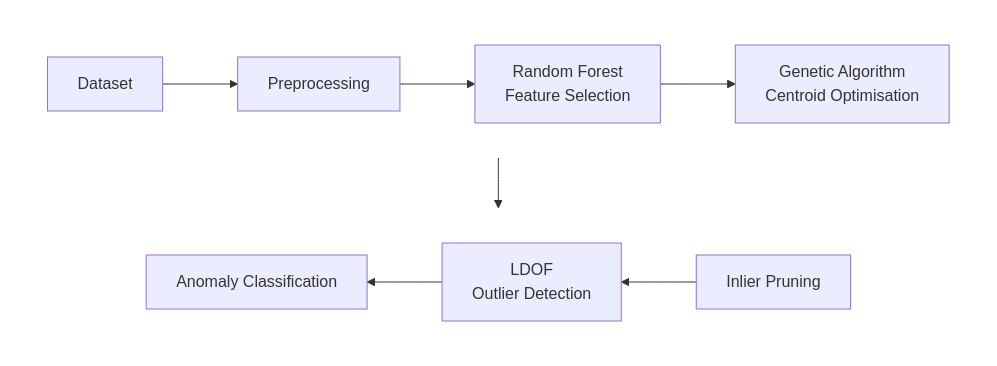
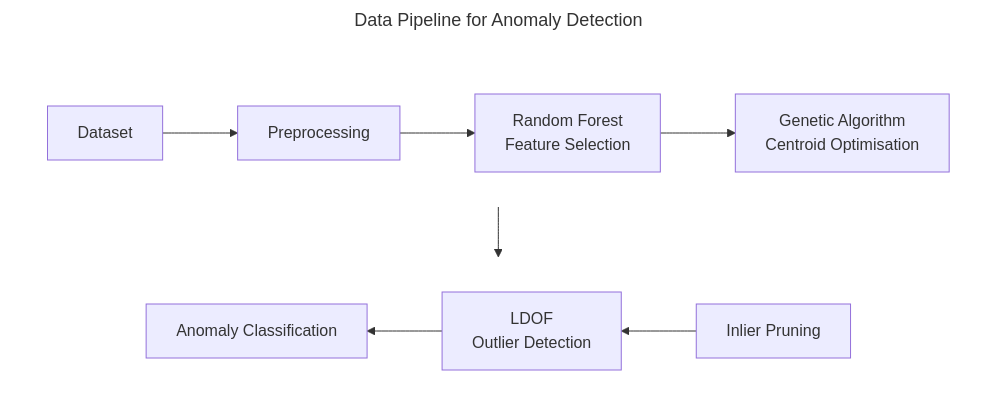
One commit to Tomnowell/tomnowell.github.io changed the diagram in _posts/2026-10-20-Exploring-Machine-Learning-for-Network-Anomaly-Detection.md. Above: the diagram before and after it, drawn with Mermaid.

Commit message:
Add flowchart title

````diff
--- a/_posts/2026-10-20-Exploring-Machine-Learning-for-Network-Anomaly-Detection.md
+++ b/_posts/2026-10-20-Exploring-Machine-Learning-for-Network-Anomaly-Detection.md
@@ -60,17 +60,21 @@
 ```mermaid
+---
+title: Data Pipeline for Anomaly Detection
+---
+
 flowchart TB;
   subgraph first_row[" "]
     direction LR
     A["Dataset"] --> B["Preprocessing"];
     B --> C["Random Forest<br/>Feature Selection"];
     C --> D["Genetic Algorithm<br/>Centroid Optimisation"];
   end
   subgraph second_row[" "]
     direction RL
     E["Inlier Pruning"] --> F["LDOF<br/>Outlier Detection"];
     F --> G["Anomaly Classification"];
   end
   D --> E;
   style first_row fill:transparent,stroke:transparent;
   style second_row fill:transparent,stroke:transparent;
 ```
````
